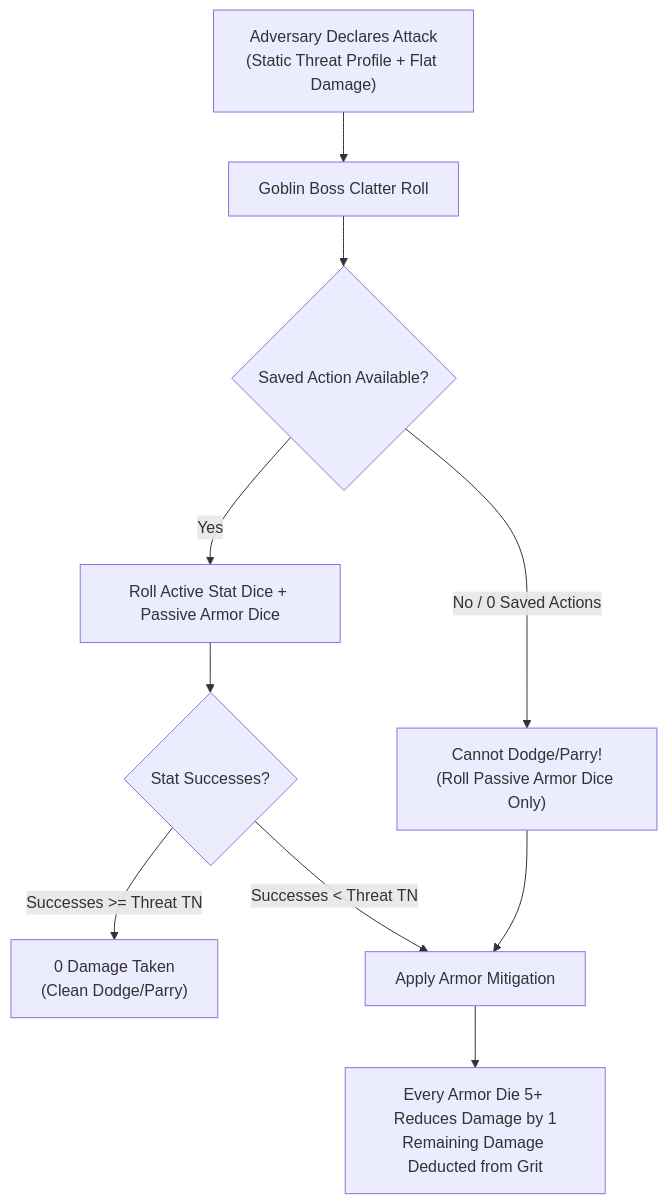
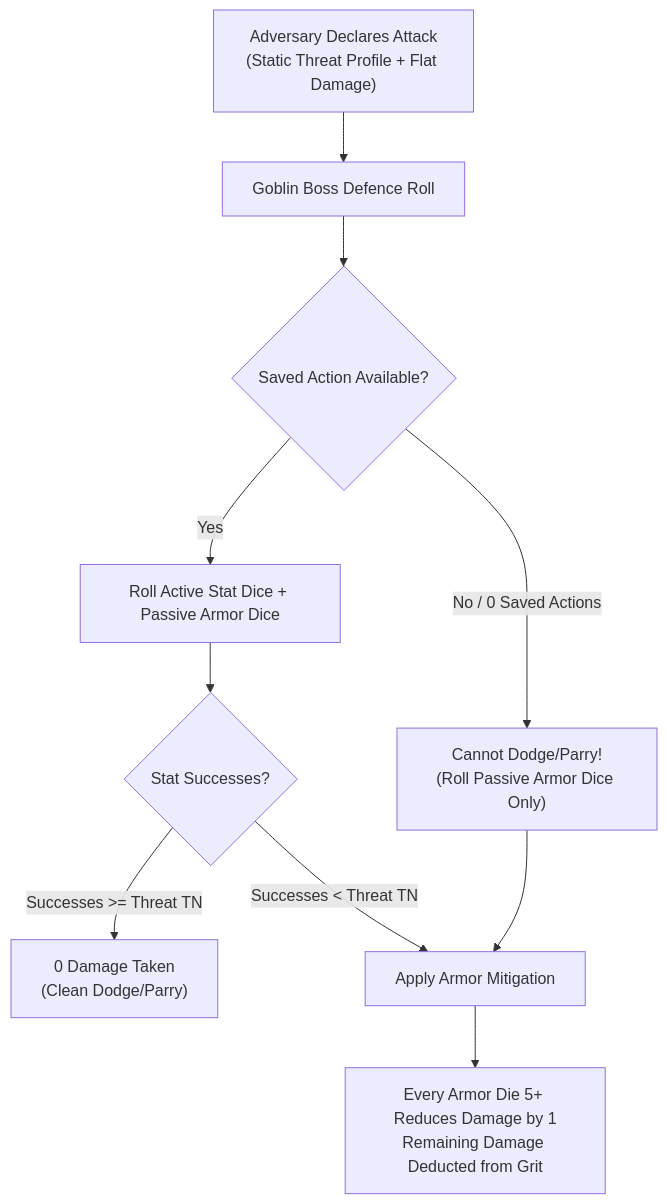
The first of 2 diagrams in 02_PROD_Core_Rules/12_Adversaries_and_Threats.md (antedev/gobbos), drawn with Mermaid before and after one commit. The commit also changed other lines of this file and 46 other files, not shown here.

Commit message:
Standardize system terminology: Feats, Components, Flaws, Defence Roll, Boss Relics, Binding, Overload

````diff
--- a/02_PROD_Core_Rules/12_Adversaries_and_Threats.md
+++ b/02_PROD_Core_Rules/12_Adversaries_and_Threats.md
@@ -11,12 +11,12 @@
 ```mermaid
 flowchart TD
-    A["Adversary Declares Attack<br>(Static Threat Profile + Flat Damage)"] --> CR["Goblin Boss Clatter Roll"]
+    A["Adversary Declares Attack<br>(Static Threat Profile + Flat Damage)"] --> CR["Goblin Boss Defence Roll"]
     CR --> SA{"Saved Action Available?"}
     SA -->|Yes| E1["Roll Active Stat Dice + Passive Armor Dice"]
     SA -->|No / 0 Saved Actions| E2["Cannot Dodge/Parry!<br>(Roll Passive Armor Dice Only)"]
     E1 --> ST{"Stat Successes?"}
     ST -->|Successes >= Threat TN| ZD["0 Damage Taken<br>(Clean Dodge/Parry)"]
     ST -->|Successes < Threat TN| PA["Apply Armor Mitigation"]
     E2 --> PA
     PA --> RD["Every Armor Die 5+ Reduces Damage by 1<br>Remaining Damage Deducted from Grit"]
 ```
````
